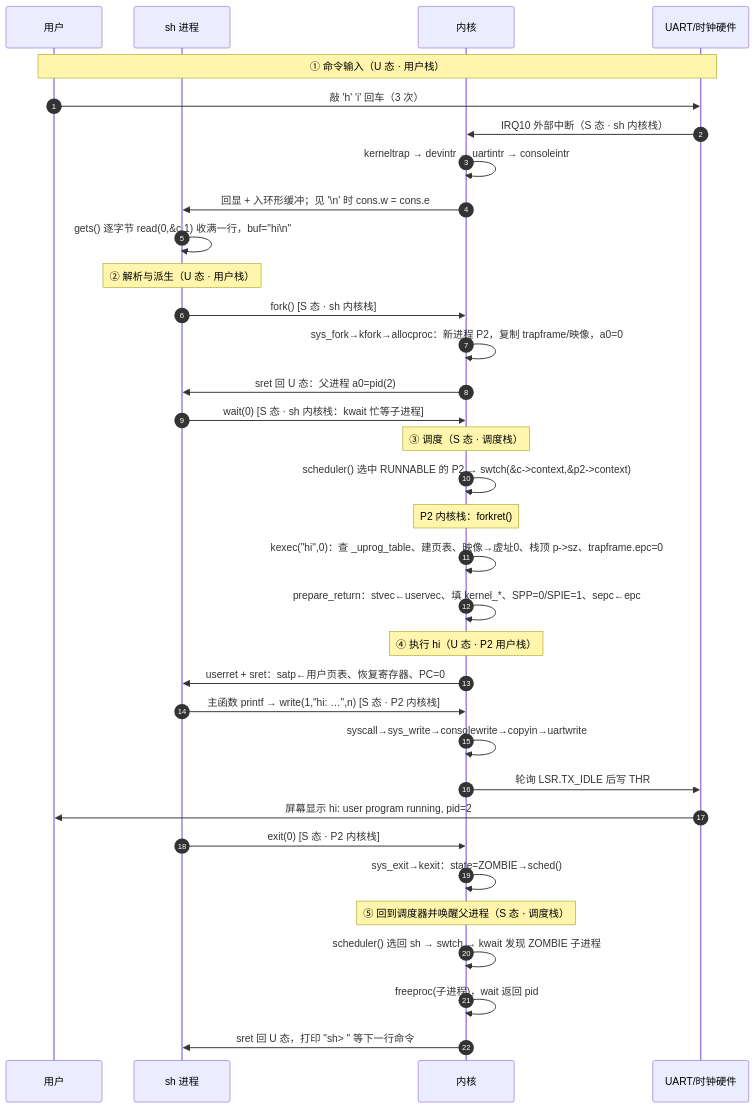
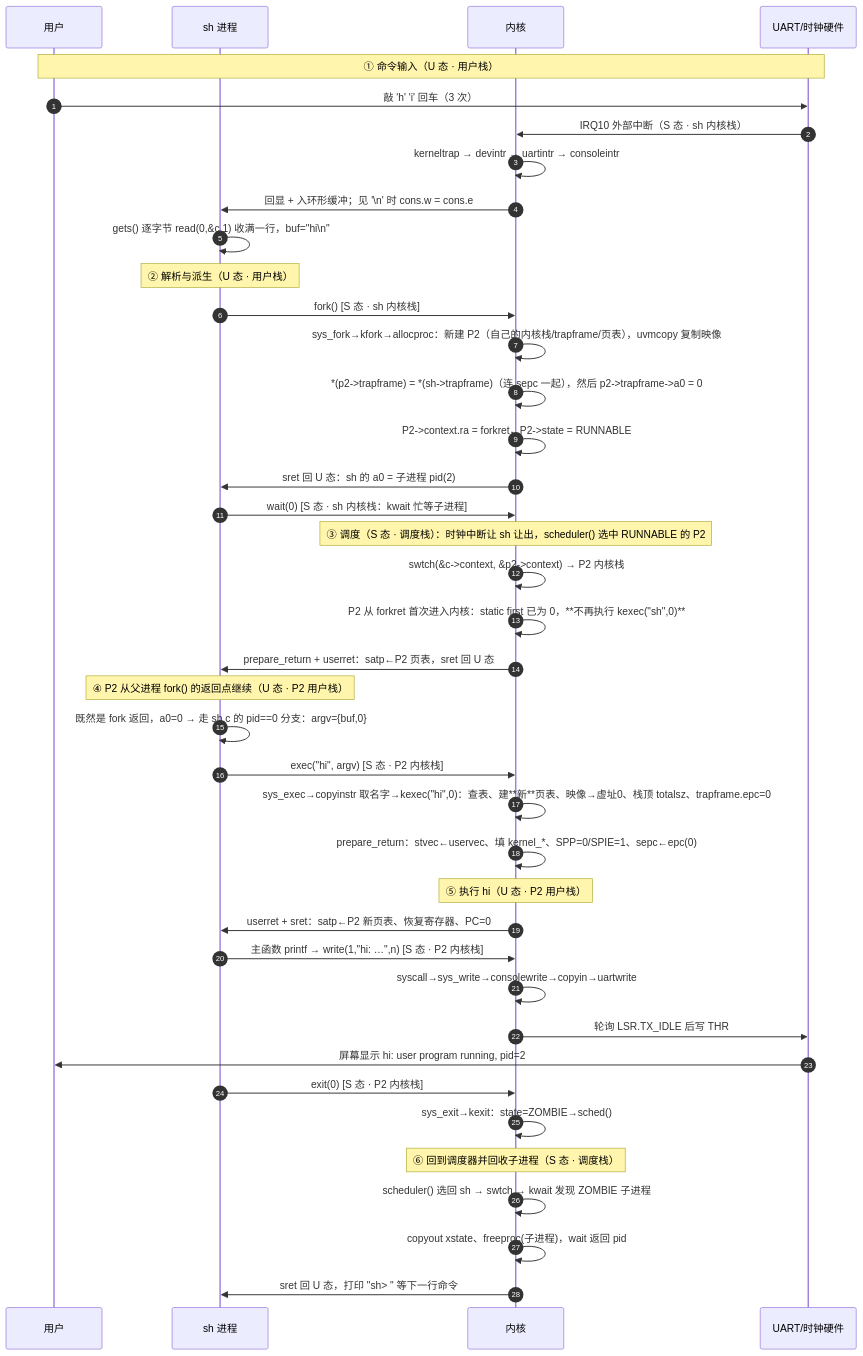
The first of 2 diagrams in docs/lab0-notes.md (S0gn-G/OS_Practice), drawn with Mermaid before and after one commit. The commit also changed other lines of this file and 4 other files, not shown here.

````diff
--- a/docs/lab0-notes.md
+++ b/docs/lab0-notes.md
@@ -17,37 +17,43 @@
 ```mermaid
 sequenceDiagram
     autonumber
     participant U as 用户
     participant SH as sh 进程
     participant K as 内核
     participant HW as UART/时钟硬件
 
     Note over U,HW: ① 命令输入（U 态 · 用户栈）
     U->>HW: 敲 'h' 'i' 回车（3 次）
     HW->>K: IRQ10 外部中断（S 态 · sh 内核栈）
     K->>K: kerneltrap → devintr → uartintr → consoleintr
     K->>SH: 回显 + 入环形缓冲；见 '\n' 时 cons.w = cons.e
     SH->>SH: gets() 逐字节 read(0,&c,1) 收满一行，buf="hi\n"
     Note over SH: ② 解析与派生（U 态 · 用户栈）
     SH->>K: fork()  [S 态 · sh 内核栈]
-    K->>K: sys_fork→kfork→allocproc：新进程 P2，复制 trapframe/映像，a0=0
-    K->>SH: sret 回 U 态：父进程 a0=pid(2)
+    K->>K: sys_fork→kfork→allocproc：新建 P2（自己的内核栈/trapframe/页表），uvmcopy 复制映像
+    K->>K: *(p2->trapframe) = *(sh->trapframe)（连 sepc 一起），然后 p2->trapframe->a0 = 0
+    K->>K: P2->context.ra = forkret，P2->state = RUNNABLE
+    K->>SH: sret 回 U 态：sh 的 a0 = 子进程 pid(2)
     SH->>K: wait(0)  [S 态 · sh 内核栈：kwait 忙等子进程]
-    Note over K: ③ 调度（S 态 · 调度栈）
-    K->>K: scheduler() 选中 RUNNABLE 的 P2 → swtch(&c->context,&p2->context)
-    Note over K: P2 内核栈：forkret()
-    K->>K: kexec("hi",0)：查 _uprog_table、建页表、映像→虚址0、栈顶 p->sz、trapframe.epc=0
-    K->>K: prepare_return：stvec←uservec、填 kernel_*、SPP=0/SPIE=1、sepc←epc
-    Note over K: ④ 执行 hi（U 态 · P2 用户栈）
-    K->>SH: userret + sret：satp←用户页表、恢复寄存器、PC=0
+    Note over K: ③ 调度（S 态 · 调度栈）：时钟中断让 sh 让出，scheduler() 选中 RUNNABLE 的 P2
+    K->>K: swtch(&c->context, &p2->context) → P2 内核栈
+    K->>K: P2 从 forkret 首次进入内核：static first 已为 0，**不再执行 kexec("sh",0)**
+    K->>SH: prepare_return + userret：satp←P2 页表，sret 回 U 态
+    Note over SH: ④ P2 从父进程 fork() 的返回点继续（U 态 · P2 用户栈）
+    SH->>SH: 既然是 fork 返回，a0=0 → 走 sh.c 的 pid==0 分支：argv={buf,0}
+    SH->>K: exec("hi", argv)  [S 态 · P2 内核栈]
+    K->>K: sys_exec→copyinstr 取名字→kexec("hi",0)：查表、建**新**页表、映像→虚址0、栈顶 totalsz、trapframe.epc=0
+    K->>K: prepare_return：stvec←uservec、填 kernel_*、SPP=0/SPIE=1、sepc←epc(0)
+    Note over K: ⑤ 执行 hi（U 态 · P2 用户栈）
+    K->>SH: userret + sret：satp←P2 新页表、恢复寄存器、PC=0
     SH->>K: 主函数 printf → write(1,"hi: …",n)  [S 态 · P2 内核栈]
     K->>K: syscall→sys_write→consolewrite→copyin→uartwrite
     K->>HW: 轮询 LSR.TX_IDLE 后写 THR
     HW->>U: 屏幕显示 hi: user program running, pid=2
     SH->>K: exit(0)  [S 态 · P2 内核栈]
     K->>K: sys_exit→kexit：state=ZOMBIE→sched()
-    Note over K: ⑤ 回到调度器并唤醒父进程（S 态 · 调度栈）
+    Note over K: ⑥ 回到调度器并回收子进程（S 态 · 调度栈）
     K->>K: scheduler() 选回 sh → swtch → kwait 发现 ZOMBIE 子进程
-    K->>K: freeproc(子进程)，wait 返回 pid
+    K->>K: copyout xstate、freeproc(子进程)，wait 返回 pid
     K->>SH: sret 回 U 态，打印 "sh> " 等下一行命令
 ```
````
